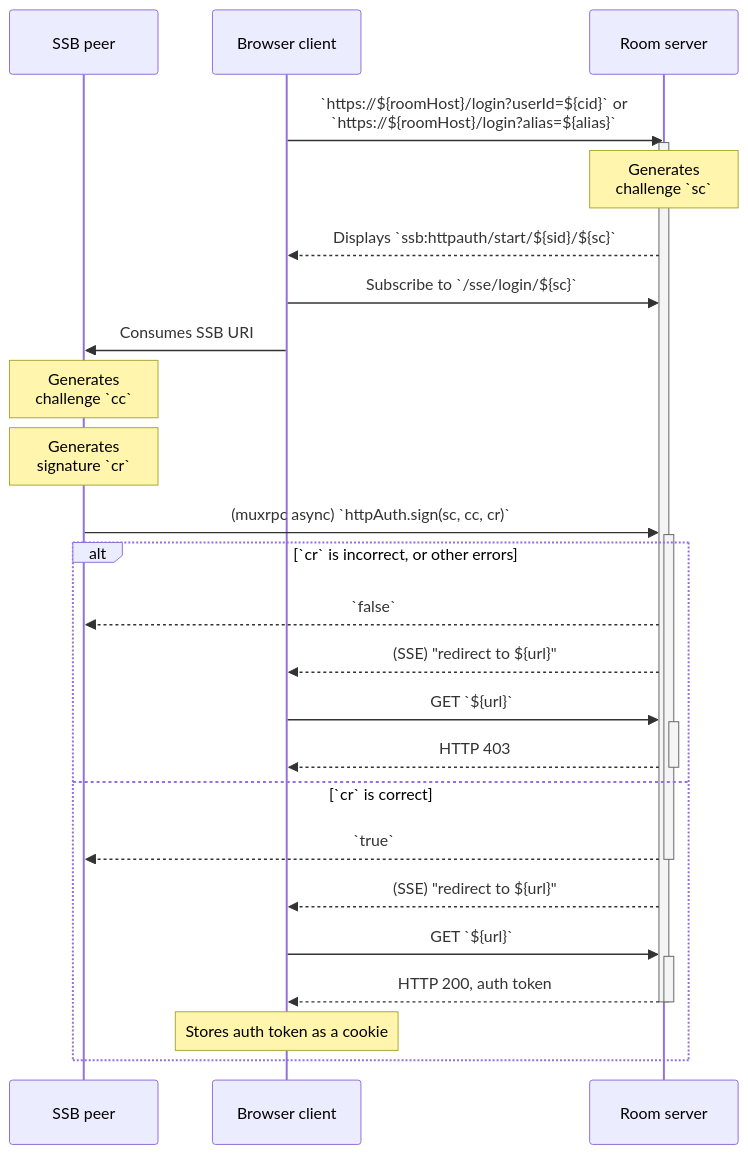
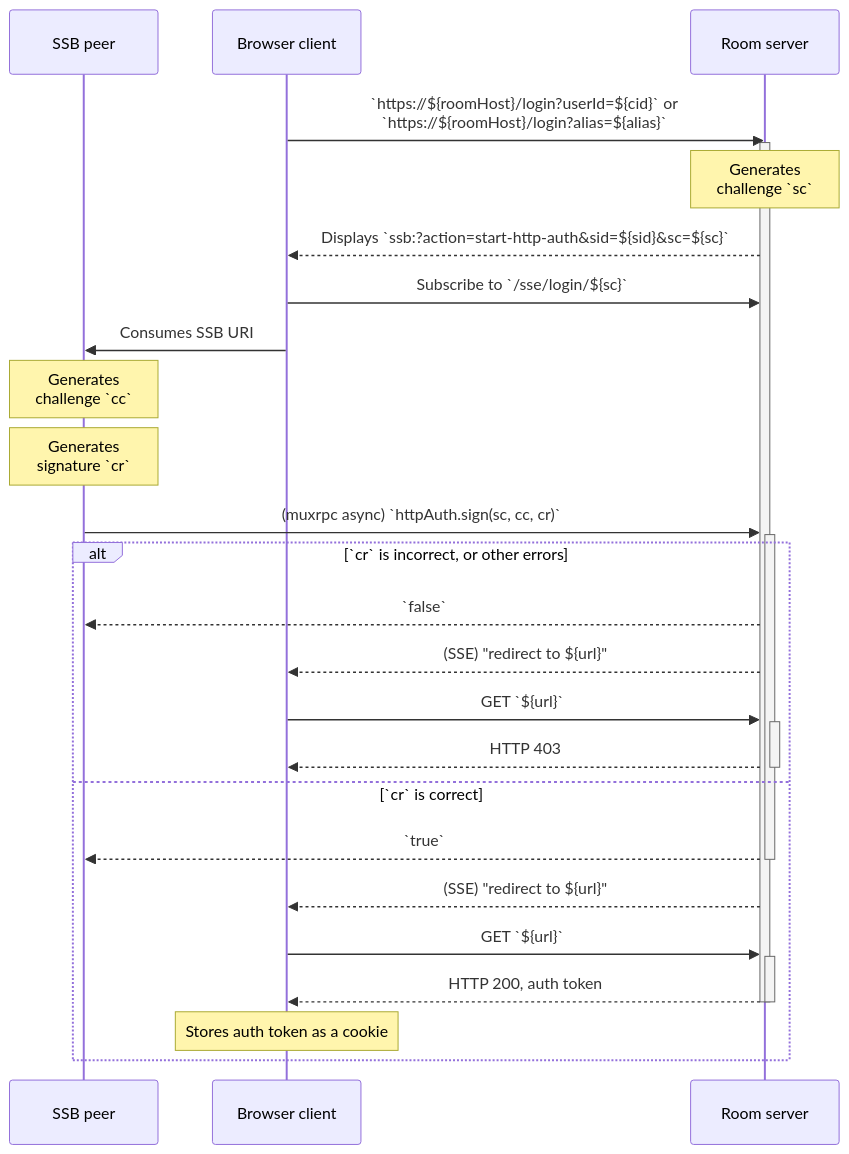
The second of 4 diagrams in docs/Setup/Sign-in with SSB.md (ssbc/rooms2), drawn with Mermaid before and after one commit. The commit also changed 2 other files, not shown here.

Commit message:
update SSB URIs to ssb-uri-spec rev2021-03-16

````diff
--- a/docs/Setup/Sign-in with SSB.md
+++ b/docs/Setup/Sign-in with SSB.md
@@ -66,29 +66,29 @@
 ```mermaid
 sequenceDiagram
   participant Umux as SSB peer
   participant Uweb as Browser client
   participant R as Room server
 
   Uweb->>R: `https://${roomHost}/login?userId=${cid}` or<br/>`https://${roomHost}/login?alias=${alias}`
   activate R
   Note over R: Generates<br/>challenge `sc`
-  R-->>Uweb: Displays `ssb:httpauth/start/${sid}/${sc}`
+  R-->>Uweb: Displays `ssb:?action=start-http-auth&sid=${sid}&sc=${sc}`
   Uweb->>R: Subscribe to `/sse/login/${sc}`
   Uweb->>Umux: Consumes SSB URI
   Note over Umux: Generates<br/>challenge `cc`
   Note over Umux: Generates<br/>signature `cr`
   Umux->>+R: (muxrpc async) `httpAuth.sign(sc, cc, cr)`
   alt `cr` is incorrect, or other errors
     R-->>Umux: `false`
     R-->>Uweb: (SSE) "redirect to ${url}"
     Uweb->>+R: GET `${url}`
     R-->>-Uweb: HTTP 403
   else `cr` is correct
     R-->>-Umux: `true`
     R-->>Uweb: (SSE) "redirect to ${url}"
     Uweb->>+R: GET `${url}`
     R-->>-Uweb: HTTP 200, auth token
     deactivate R
     Note over Uweb: Stores auth token as a cookie
   end
 ```
````
